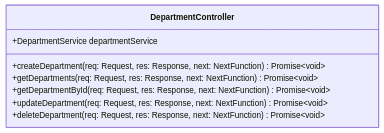
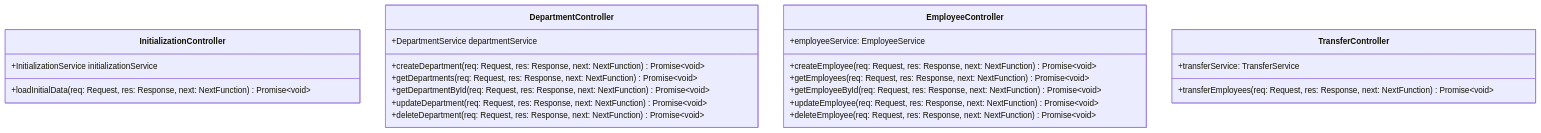
One commit to k1729p/Study28 changed the diagram in docs/mermaid/classDiagramDepartmentController.md. Above: the diagram before and after it, drawn with Mermaid. The commit also changed other lines of this file, not shown here.

````diff
--- a/docs/mermaid/classDiagramDepartmentController.md
+++ b/docs/mermaid/classDiagramDepartmentController.md
@@ -3,11 +3,30 @@
 ```mermaid
 classDiagram
+  class InitializationController {
+    +InitializationService initializationService
+    +loadInitialData(req: Request, res: Response, next: NextFunction) Promise~void~
+  }
+
   class DepartmentController {
     +DepartmentService departmentService
     +createDepartment(req: Request, res: Response, next: NextFunction) Promise~void~
     +getDepartments(req: Request, res: Response, next: NextFunction) Promise~void~
     +getDepartmentById(req: Request, res: Response, next: NextFunction) Promise~void~
     +updateDepartment(req: Request, res: Response, next: NextFunction) Promise~void~
     +deleteDepartment(req: Request, res: Response, next: NextFunction) Promise~void~
   }
+
+  class EmployeeController {
+    +employeeService: EmployeeService
+    +createEmployee(req: Request, res: Response, next: NextFunction) Promise~void~
+    +getEmployees(req: Request, res: Response, next: NextFunction) Promise~void~
+    +getEmployeeById(req: Request, res: Response, next: NextFunction) Promise~void~
+    +updateEmployee(req: Request, res: Response, next: NextFunction) Promise~void~
+    +deleteEmployee(req: Request, res: Response, next: NextFunction) Promise~void~
+  }
+
+  class TransferController {
+    +transferService: TransferService
+    +transferEmployees(req: Request, res: Response, next: NextFunction) Promise~void~
+  }
 ```
````
